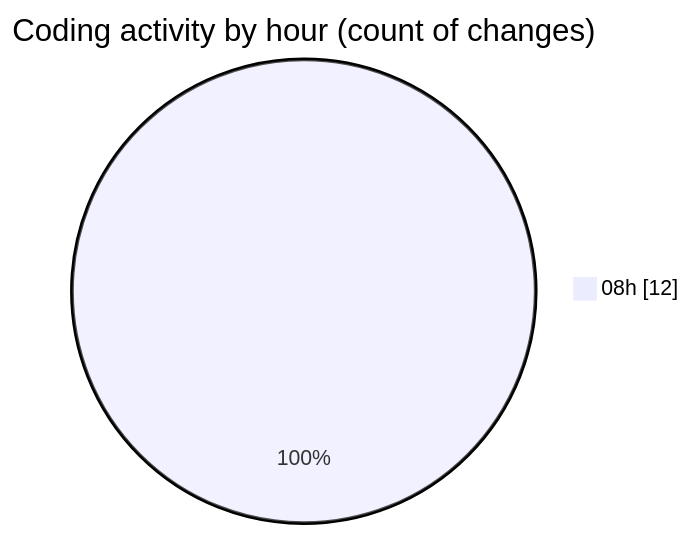
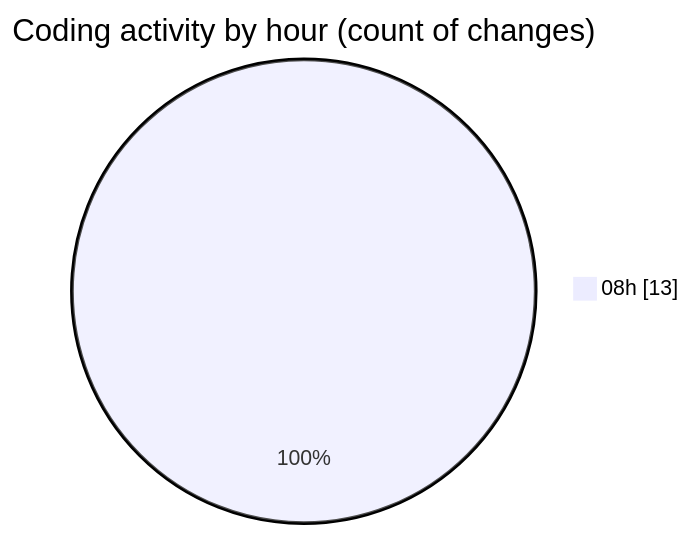
The second of 2 diagrams in 2026-08-25/pws_v/README.md (Unknowalive/code-tracking), drawn with Mermaid before and after one commit. The commit also changed other lines of this file and 1 other file, not shown here.

````diff
--- a/2026-08-25/pws_v/README.md
+++ b/2026-08-25/pws_v/README.md
@@ -28,5 +28,5 @@
 ```mermaid
 pie showData
 title Coding activity by hour (count of changes)
-"08h" : 12
+"08h" : 13
 ```
````
